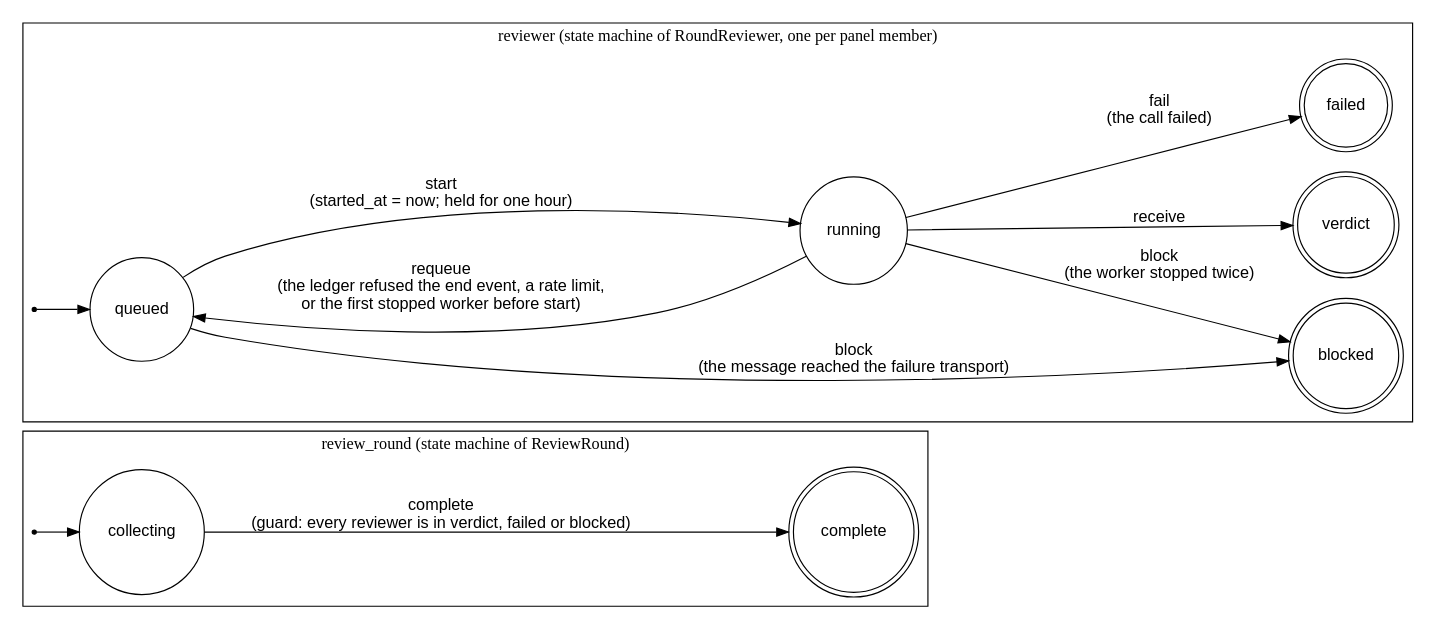
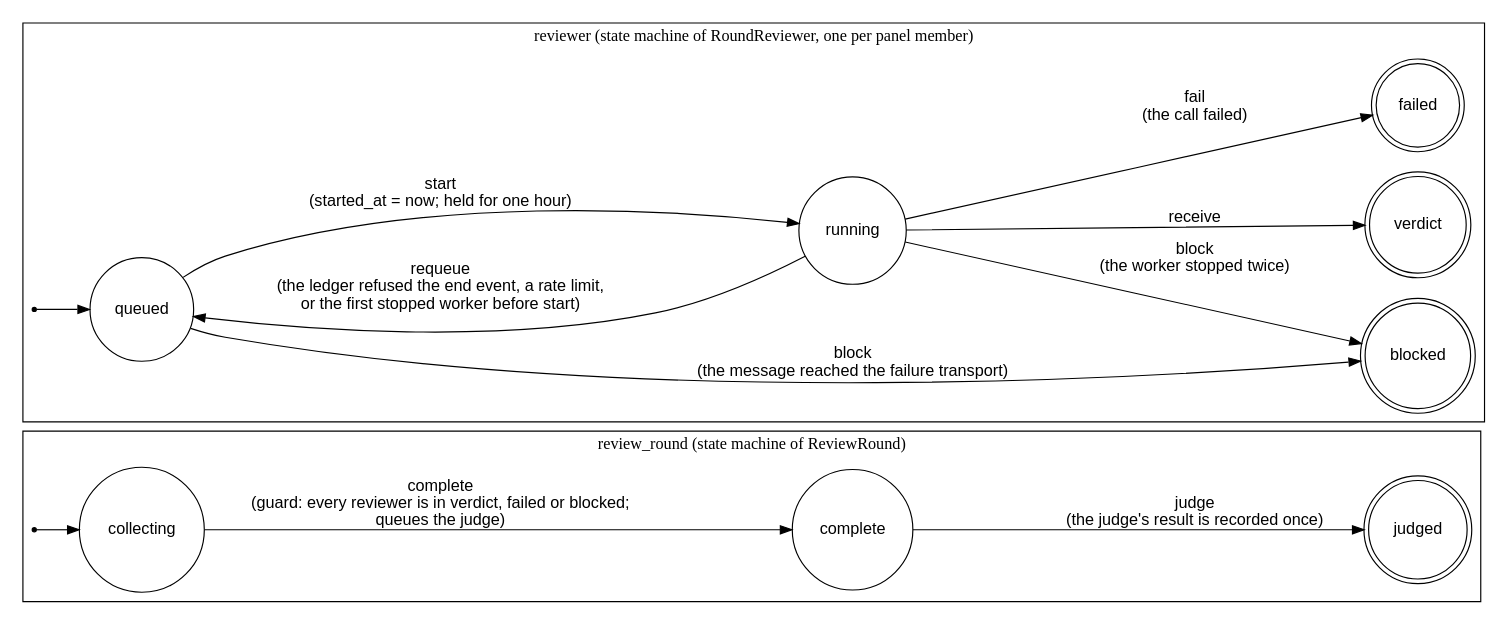
Before and after one commit to shinyredapples/intakt: the diagram in docs/architecture/review-round.dot, drawn with Graphviz. The commit also changed 23 other files, not shown here.

Commit message:
fix(review): judge each round once on ledger ids and retry a limited judge call

```diff
--- a/docs/architecture/review-round.dot
+++ b/docs/architecture/review-round.dot
@@ -1,33 +1,35 @@
-// The state machines of a review round (plan task T9, parts 2 and 3). Render with: dot -Tsvg review-round.dot
-// The places and transitions are the cases of RoundState, ReviewerState and ReviewerTransition and the constant ReviewRound::COMPLETION in src/Core/Review/Domain/, which config/packages/workflow.php turns into the two workflows.
+// The state machines of a review round (plan task T9, parts 2 and 3; the judged place from T12). Render with: dot -Tsvg review-round.dot
+// The places and transitions are the cases of RoundState, RoundTransition, ReviewerState and ReviewerTransition in src/Core/Review/Domain/, which config/packages/workflow.php turns into the two workflows.
 digraph review_round {
     rankdir=LR;
     node [shape=circle, fontname="Helvetica"];
     edge [fontname="Helvetica"];
 
     subgraph cluster_round {
         label="review_round (state machine of ReviewRound)";
         round_start [shape=point, label=""];
         collecting;
-        complete [shape=doublecircle];
+        complete;
+        judged [shape=doublecircle];
         round_start -> collecting;
-        collecting -> complete [label="complete\n(guard: every reviewer is in verdict, failed or blocked)"];
+        collecting -> complete [label="complete\n(guard: every reviewer is in verdict, failed or blocked;\nqueues the judge)"];
+        complete -> judged [label="judge\n(the judge's result is recorded once)"];
     }
 
     subgraph cluster_reviewer {
         label="reviewer (state machine of RoundReviewer, one per panel member)";
         reviewer_start [shape=point, label=""];
         queued;
         running;
         verdict [shape=doublecircle];
         failed [shape=doublecircle];
         blocked [shape=doublecircle];
         reviewer_start -> queued;
         queued -> running [label="start\n(started_at = now; held for one hour)"];
         running -> verdict [label="receive"];
         running -> failed [label="fail\n(the call failed)"];
         running -> queued [label="requeue\n(the ledger refused the end event, a rate limit,\nor the first stopped worker before start)"];
         running -> blocked [label="block\n(the worker stopped twice)"];
         queued -> blocked [label="block\n(the message reached the failure transport)"];
     }
 }
```
